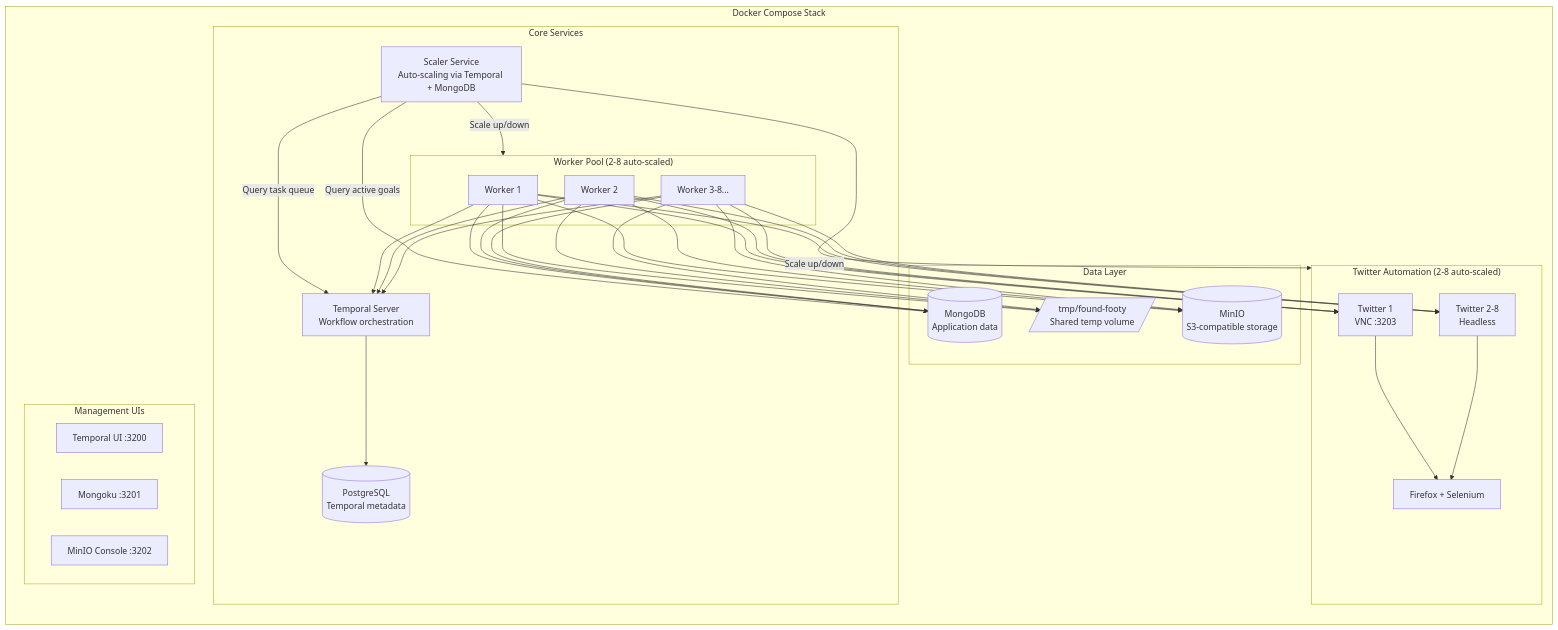
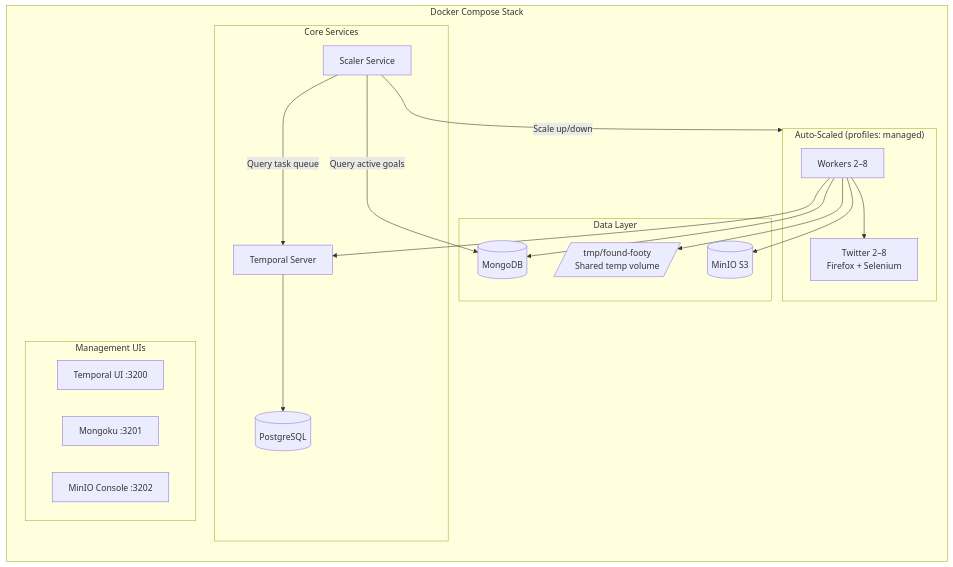
Before and after one commit to vedantadhobley/found-footy: the seventh of 14 diagrams in README.md, drawn with Mermaid. The commit also changed other lines of this file and 5 other files, not shown here.

````diff
--- a/README.md
+++ b/README.md
@@ -343,46 +301,37 @@
 ```mermaid
 flowchart TB
     subgraph DOCKER["Docker Compose Stack"]
         direction TB
         
         subgraph CORE["Core Services"]
-            subgraph WORKERS["Worker Pool (2-8 auto-scaled)"]
-                W1[Worker 1]
-                W2[Worker 2]
-                WN[Worker 3-8...]
-            end
-            TEMPORAL[Temporal Server<br/>Workflow orchestration]
-            POSTGRES[(PostgreSQL<br/>Temporal metadata)]
-            SCALER[Scaler Service<br/>Auto-scaling via Temporal + MongoDB]
+            TEMPORAL[Temporal Server]
+            POSTGRES[(PostgreSQL)]
+            SCALER[Scaler Service]
         end
         
         subgraph DATA["Data Layer"]
-            MONGO[(MongoDB<br/>Application data)]
-            MINIO[(MinIO<br/>S3-compatible storage)]
+            MONGO[(MongoDB)]
+            MINIO[(MinIO S3)]
             TEMP[/tmp/found-footy<br/>Shared temp volume/]
         end
         
-        subgraph TWITTER["Twitter Automation (2-8 auto-scaled)"]
-            T1[Twitter 1<br/>VNC :3203]
-            T2[Twitter 2-8<br/>Headless]
-            FIREFOX[Firefox + Selenium]
+        subgraph MANAGED["Auto-Scaled (profiles: managed)"]
+            WORKERS[Workers 2–8]
+            TWITTER[Twitter 2–8<br/>Firefox + Selenium]
         end
         
         subgraph UI["Management UIs"]
             TEMPUI[Temporal UI :3200]
             MONGOKU[Mongoku :3201]
             MINIOUI[MinIO Console :3202]
         end
     end
     
     SCALER -->|Query task queue| TEMPORAL
     SCALER -->|Query active goals| MONGO
-    SCALER -->|Scale up/down| WORKERS & TWITTER
-    W1 & W2 & WN --> TEMPORAL
-    W1 & W2 & WN --> TEMP
+    SCALER -->|Scale up/down| MANAGED
+    WORKERS --> TEMPORAL
+    WORKERS --> TEMP
     TEMPORAL --> POSTGRES
-    W1 & W2 & WN --> MONGO
-    W1 & W2 & WN --> MINIO
-    W1 & W2 & WN --> T1 & T2
-    T1 & T2 --> FIREFOX
+    WORKERS --> MONGO & MINIO & TWITTER
 ```
````
